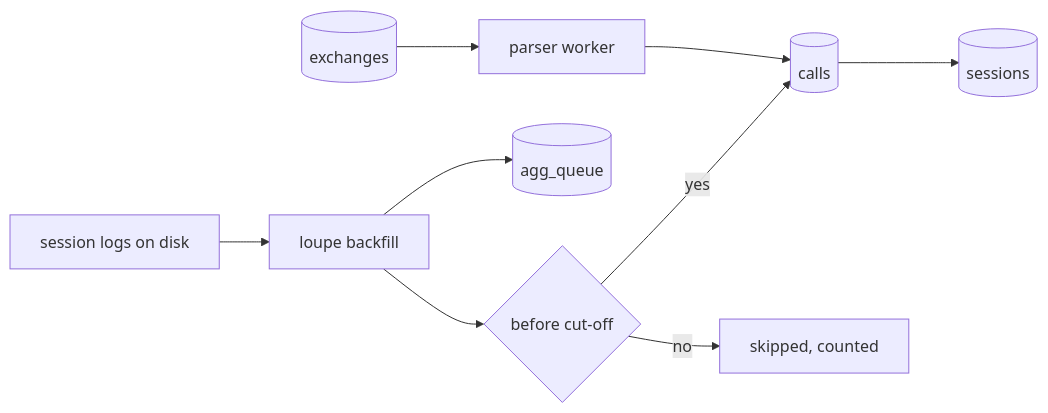
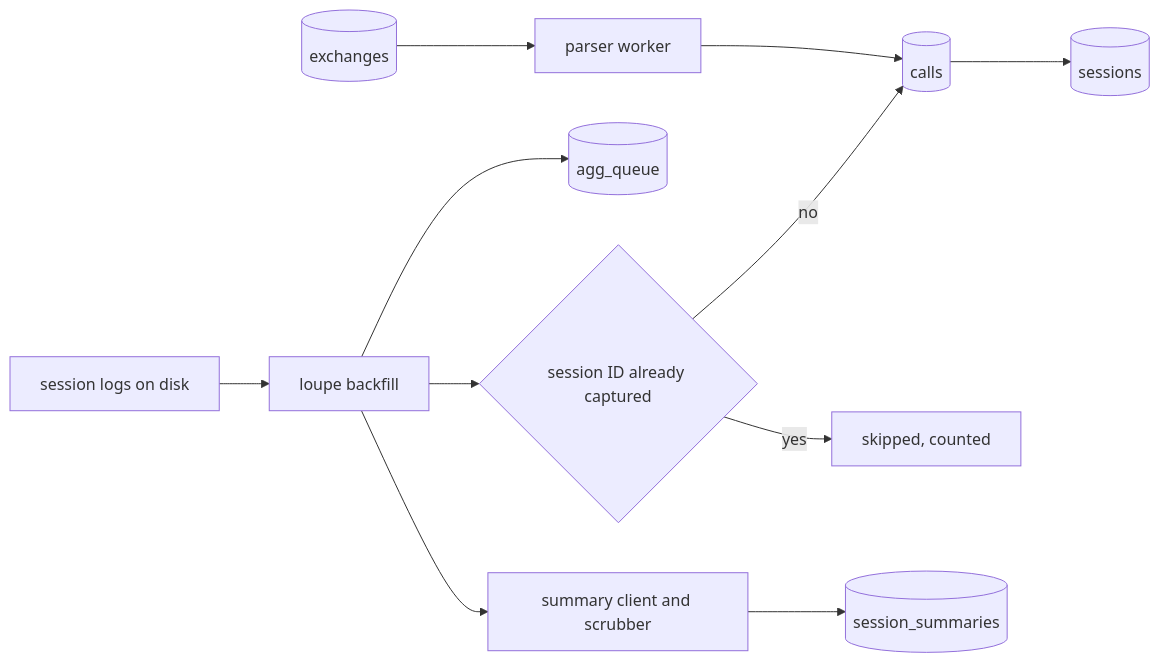
One commit to desek/agentloupe changed the second of 4 diagrams in docs/cr/CR-0012-session-log-backfill.md. Above: the diagram before and after it, drawn with Mermaid. The commit also changed other lines of this file, not shown here.

````diff
--- a/docs/cr/CR-0012-session-log-backfill.md
+++ b/docs/cr/CR-0012-session-log-backfill.md
@@ -61,10 +62,12 @@
 ```mermaid
 flowchart LR
     L["session logs on disk"] --> B["loupe backfill"]
-    B --> R{"before cut-off"}
-    R -->|yes| C[(calls)]
-    R -->|no| X["skipped, counted"]
+    B --> R{"session ID already captured"}
+    R -->|no| C[(calls)]
+    R -->|yes| X["skipped, counted"]
     C --> S[(sessions)]
     B --> Q[(agg_queue)]
+    B --> M["summary client and scrubber"]
+    M --> SS[(session_summaries)]
     E[(exchanges)] --> W[parser worker] --> C
 ```
````
